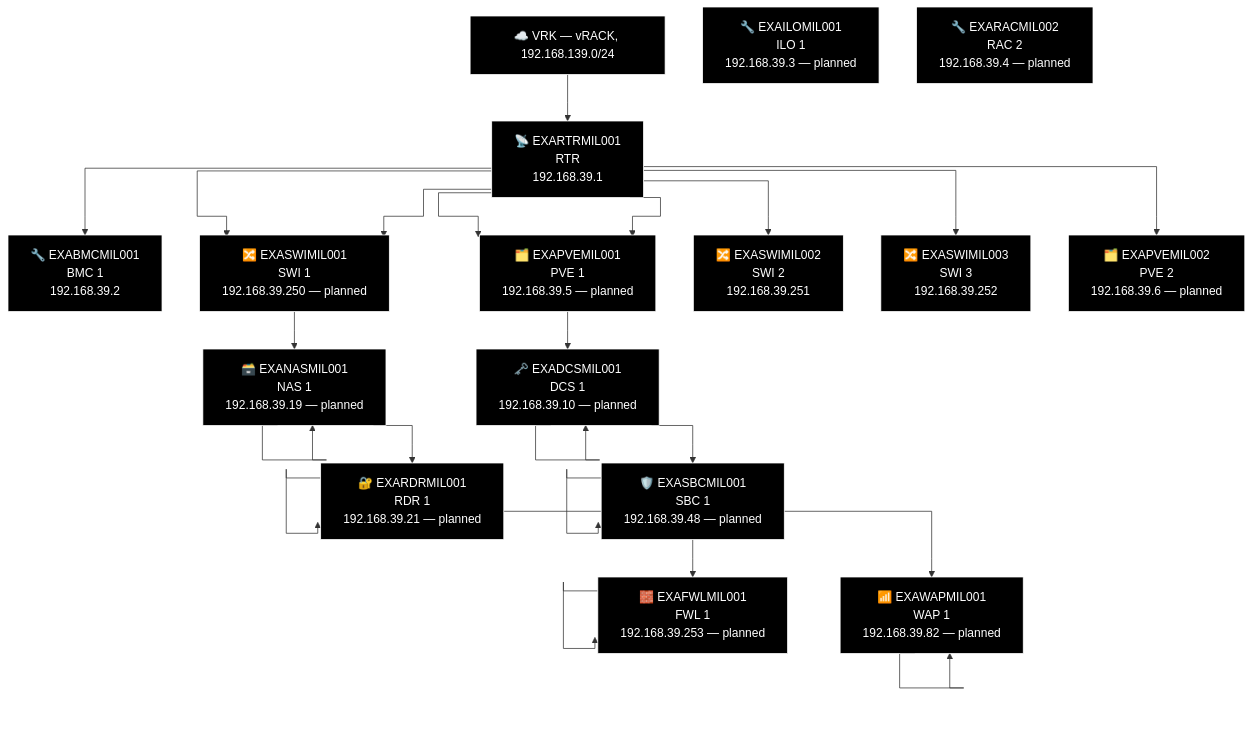
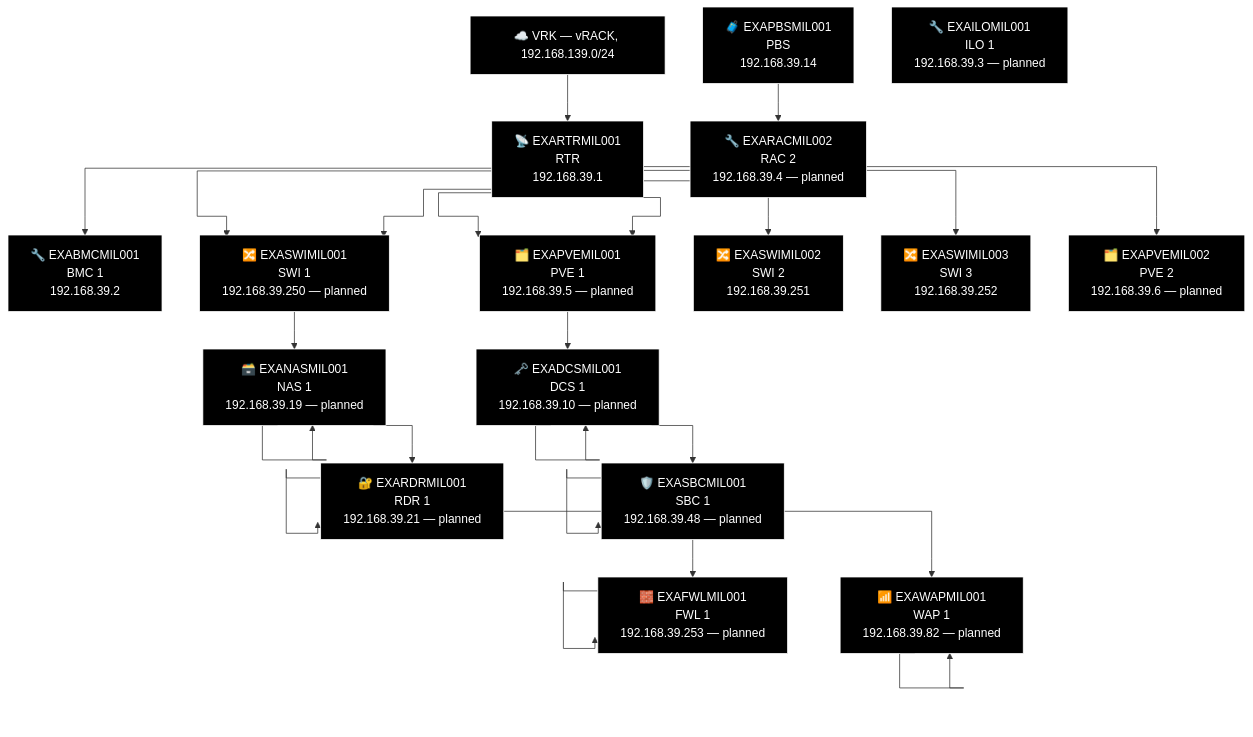
The second of 2 diagrams in docs/network-diagram/italia.md (knightmare2600/example_music_infra), drawn with Mermaid before and after one commit. The commit also changed 14 other files, not shown here.

First line of the commit message:
docs/network-diagram: regenerate, every site was missing its PBS node

````diff
--- a/docs/network-diagram/italia.md
+++ b/docs/network-diagram/italia.md
@@ -31,65 +31,68 @@
 ```mermaid
 %% GENERATED:TOPOLOGY:MIL:START
 %%{init: {'flowchart': {'curve': 'stepAfter'}}}%%
 graph TD
     T_VRK["☁️ VRK — vRACK, 192.168.139.0/24"]
     T_RTR["📡 EXARTRMIL001<br/>RTR<br/>192.168.39.1"]
     T_VRK --> T_RTR
     T_BMC["🔧 EXABMCMIL001<br/>BMC 1<br/>192.168.39.2"]
     T_RTR --> T_BMC
     T_PVE["🗂️ EXAPVEMIL001<br/>PVE 1<br/>192.168.39.5"]
     T_RTR --> T_PVE
     T_SWI["🔀 EXASWIMIL001<br/>SWI 1<br/>192.168.39.250"]
     T_RTR --> T_SWI
     T_SWI2["🔀 EXASWIMIL002<br/>SWI 2<br/>192.168.39.251"]
     T_RTR --> T_SWI2
     T_SWI3["🔀 EXASWIMIL003<br/>SWI 3<br/>192.168.39.252"]
     T_RTR --> T_SWI3
     T_SWI["🔀 EXASWIMIL001<br/>SWI 1<br/>192.168.39.250 — planned"]
     T_RTR --> T_SWI
     T_PVE["🗂️ EXAPVEMIL001<br/>PVE 1<br/>192.168.39.5 — planned"]
     T_RTR --> T_PVE
     T_PVE2["🗂️ EXAPVEMIL002<br/>PVE 2<br/>192.168.39.6 — planned"]
     T_RTR --> T_PVE2
     T_NAS["🗃️ EXANASMIL001<br/>NAS<br/>192.168.39.19"]
     T_NAS["🗃️ EXANASMIL001<br/>NAS 1<br/>192.168.39.19 — planned"]
     T_RDR["🔐 EXARDRMIL001<br/>RDR<br/>192.168.39.21"]
     T_RDR["🔐 EXARDRMIL001<br/>RDR 1<br/>192.168.39.21 — planned"]
     T_WAP["📶 EXAWAPMIL001<br/>WAP 1<br/>192.168.39.82"]
     T_WAP["📶 EXAWAPMIL001<br/>WAP 1<br/>192.168.39.82 — planned"]
     T_SWI --> T_NAS --> T_NAS --> T_RDR --> T_RDR --> T_WAP --> T_WAP
     T_DCS["🗝️ EXADCSMIL001<br/>DCS 1<br/>192.168.39.10"]
     T_DCS["🗝️ EXADCSMIL001<br/>DCS 1<br/>192.168.39.10 — planned"]
     T_SBC["🛡️ EXASBCMIL001<br/>SBC<br/>192.168.39.48"]
     T_SBC["🛡️ EXASBCMIL001<br/>SBC 1<br/>192.168.39.48 — planned"]
     T_FWL["🧱 EXAFWLMIL001<br/>LAN Face<br/>192.168.39.253"]
     T_FWL["🧱 EXAFWLMIL001<br/>FWL 1<br/>192.168.39.253 — planned"]
     T_PVE --> T_DCS --> T_DCS --> T_SBC --> T_SBC --> T_FWL --> T_FWL
+    T_PBS["🧳 EXAPBSMIL001<br/>PBS<br/>192.168.39.14"]
     T_ILO["🔧 EXAILOMIL001<br/>ILO 1<br/>192.168.39.3 — planned"]
     T_RAC["🔧 EXARACMIL002<br/>RAC 2<br/>192.168.39.4 — planned"]
+    T_PBS --> T_RAC
     style T_VRK fill:#000000,stroke:#FFFFFF,color:#FFFFFF
     style T_RTR fill:#000000,stroke:#FFFFFF,color:#FFFFFF
     style T_BMC fill:#000000,stroke:#FFFFFF,color:#FFFFFF
     style T_PVE fill:#000000,stroke:#FFFFFF,color:#FFFFFF
     style T_SWI fill:#000000,stroke:#FFFFFF,color:#FFFFFF
     style T_SWI2 fill:#000000,stroke:#FFFFFF,color:#FFFFFF
     style T_SWI3 fill:#000000,stroke:#FFFFFF,color:#FFFFFF
     style T_SWI fill:#000000,stroke:#FFFFFF,color:#FFFFFF
     style T_PVE fill:#000000,stroke:#FFFFFF,color:#FFFFFF
     style T_PVE2 fill:#000000,stroke:#FFFFFF,color:#FFFFFF
     style T_NAS fill:#000000,stroke:#FFFFFF,color:#FFFFFF
     style T_NAS fill:#000000,stroke:#FFFFFF,color:#FFFFFF
     style T_RDR fill:#000000,stroke:#FFFFFF,color:#FFFFFF
     style T_RDR fill:#000000,stroke:#FFFFFF,color:#FFFFFF
     style T_WAP fill:#000000,stroke:#FFFFFF,color:#FFFFFF
     style T_WAP fill:#000000,stroke:#FFFFFF,color:#FFFFFF
     style T_DCS fill:#000000,stroke:#FFFFFF,color:#FFFFFF
     style T_DCS fill:#000000,stroke:#FFFFFF,color:#FFFFFF
     style T_SBC fill:#000000,stroke:#FFFFFF,color:#FFFFFF
     style T_SBC fill:#000000,stroke:#FFFFFF,color:#FFFFFF
     style T_FWL fill:#000000,stroke:#FFFFFF,color:#FFFFFF
     style T_FWL fill:#000000,stroke:#FFFFFF,color:#FFFFFF
+    style T_PBS fill:#000000,stroke:#FFFFFF,color:#FFFFFF
     style T_ILO fill:#000000,stroke:#FFFFFF,color:#FFFFFF
     style T_RAC fill:#000000,stroke:#FFFFFF,color:#FFFFFF
 %% GENERATED:TOPOLOGY:MIL:END
 ```
````
